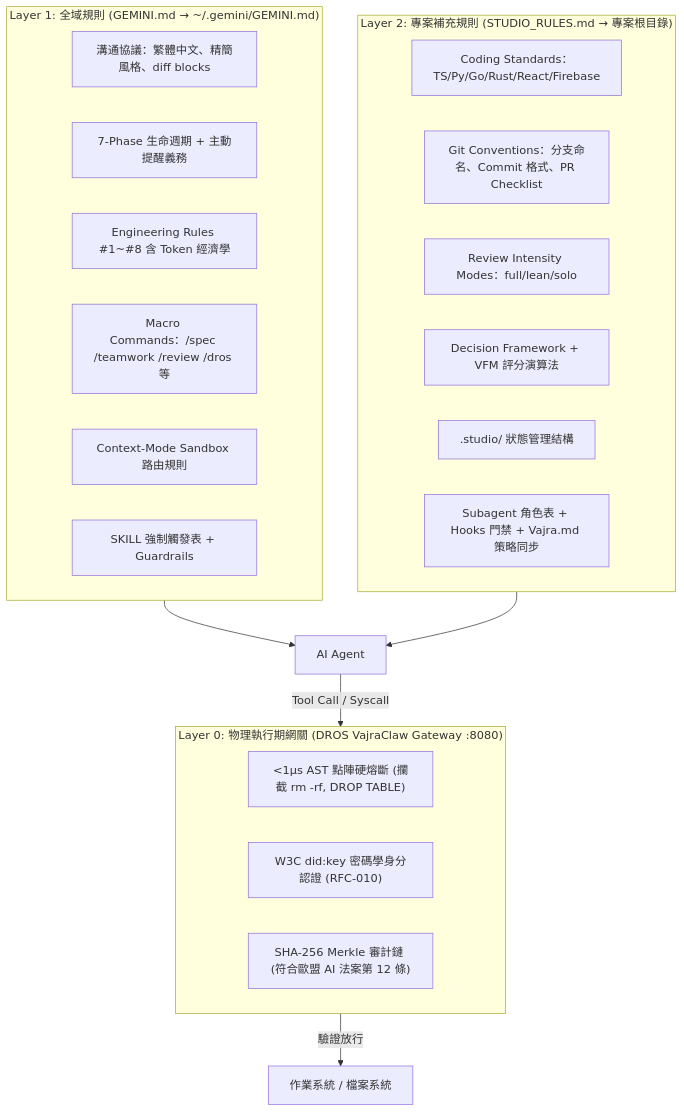
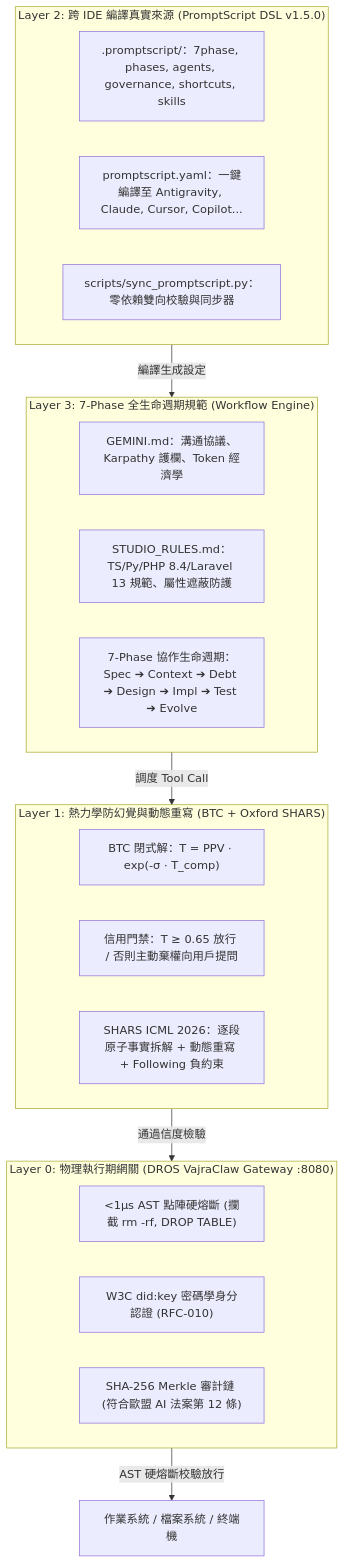
One commit to PingpowerTW/7-Phase-Agentic-Workflow changed the first of 6 diagrams in README.md. Above: the diagram before and after it, drawn with Mermaid. The commit also changed other lines of this file, not shown here.

Commit message:
docs(readme): update Four-Layer Architecture, Full Audit Certificate, and PromptScript multi-IDE sync

````diff
--- a/README.md
+++ b/README.md
@@ -32,31 +33,31 @@
 ```mermaid
 graph TD
-    subgraph GATEWAY ["Layer 0: 物理執行期網關 (DROS VajraClaw Gateway :8080)"]
+    subgraph LAYER0 ["Layer 0: 物理執行期網關 (DROS VajraClaw Gateway :8080)"]
         D1["<1μs AST 點陣硬熔斷 (攔截 rm -rf, DROP TABLE)"]
         D2["W3C did:key 密碼學身分認證 (RFC-010)"]
         D3["SHA-256 Merkle 審計鏈 (符合歐盟 AI 法案第 12 條)"]
     end
 
-    subgraph GLOBAL ["Layer 1: 全域規則 (GEMINI.md → ~/.gemini/GEMINI.md)"]
-        G1["溝通協議：繁體中文、精簡風格、diff blocks"]
-        G2["7-Phase 生命週期 + 主動提醒義務"]
-        G3["Engineering Rules #1~#8 含 Token 經濟學"]
-        G4["Macro Commands：/spec /teamwork /review /dros 等"]
-        G5["Context-Mode Sandbox 路由規則"]
-        G6["SKILL 強制觸發表 + Guardrails"]
+    subgraph LAYER1 ["Layer 1: 熱力學防幻覺與動態重寫 (BTC + Oxford SHARS)"]
+        B1["BTC 閉式解：T = PPV · exp(-σ · T_comp)"]
+        B2["信用門禁：T ≥ 0.65 放行 / 否則主動棄權向用戶提問"]
+        B3["SHARS ICML 2026：逐段原子事實拆解 + 動態重寫 + Following 負約束"]
     end
 
-    subgraph PROJECT ["Layer 2: 專案補充規則 (STUDIO_RULES.md → 專案根目錄)"]
-        P1["Coding Standards：TS/Py/Go/Rust/React/Firebase"]
-        P2["Git Conventions：分支命名、Commit 格式、PR Checklist"]
-        P3["Review Intensity Modes：full/lean/solo"]
-        P4["Decision Framework + VFM 評分演算法"]
-        P5[".studio/ 狀態管理結構"]
-        P6["Subagent 角色表 + Hooks 門禁 + Vajra.md 策略同步"]
+    subgraph LAYER2 ["Layer 2: 跨 IDE 編譯真實來源 (PromptScript DSL v1.5.0)"]
+        S1[".promptscript/：7phase, phases, agents, governance, shortcuts, skills"]
+        S2["promptscript.yaml：一鍵編譯至 Antigravity, Claude, Cursor, Copilot..."]
+        S3["scripts/sync_promptscript.py：零依賴雙向校驗與同步器"]
     end
 
-    GLOBAL --> Agent["AI Agent"]
-    PROJECT --> Agent
-    Agent -->|"Tool Call / Syscall"| GATEWAY
-    GATEWAY -->|"驗證放行"| OS["作業系統 / 檔案系統"]
+    subgraph LAYER3 ["Layer 3: 7-Phase 全生命週期規範 (Workflow Engine)"]
+        G1["GEMINI.md：溝通協議、Karpathy 護欄、Token 經濟學"]
+        G2["STUDIO_RULES.md：TS/Py/PHP 8.4/Laravel 13 規範、屬性遮蔽防護"]
+        G3["7-Phase 協作生命週期：Spec ➔ Context ➔ Debt ➔ Design ➔ Impl ➔ Test ➔ Evolve"]
+    end
+
+    LAYER2 -->|"編譯生成設定"| LAYER3
+    LAYER3 -->|"調度 Tool Call"| LAYER1
+    LAYER1 -->|"通過信度檢驗"| LAYER0
+    LAYER0 -->|"AST 硬熔斷校驗放行"| OS["作業系統 / 檔案系統 / 終端機"]
 ```
````
